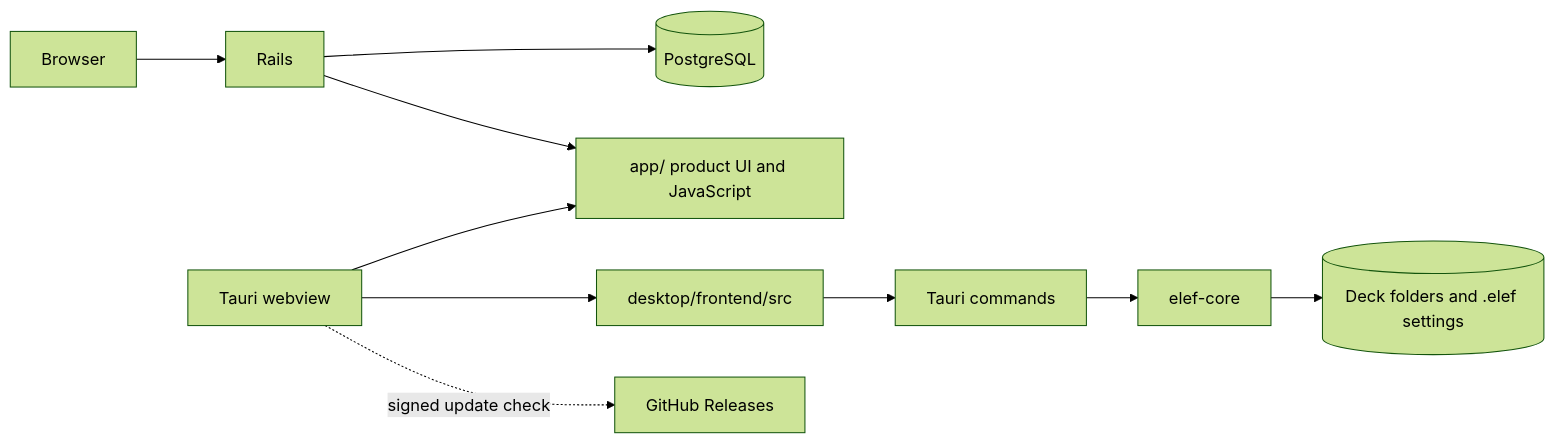
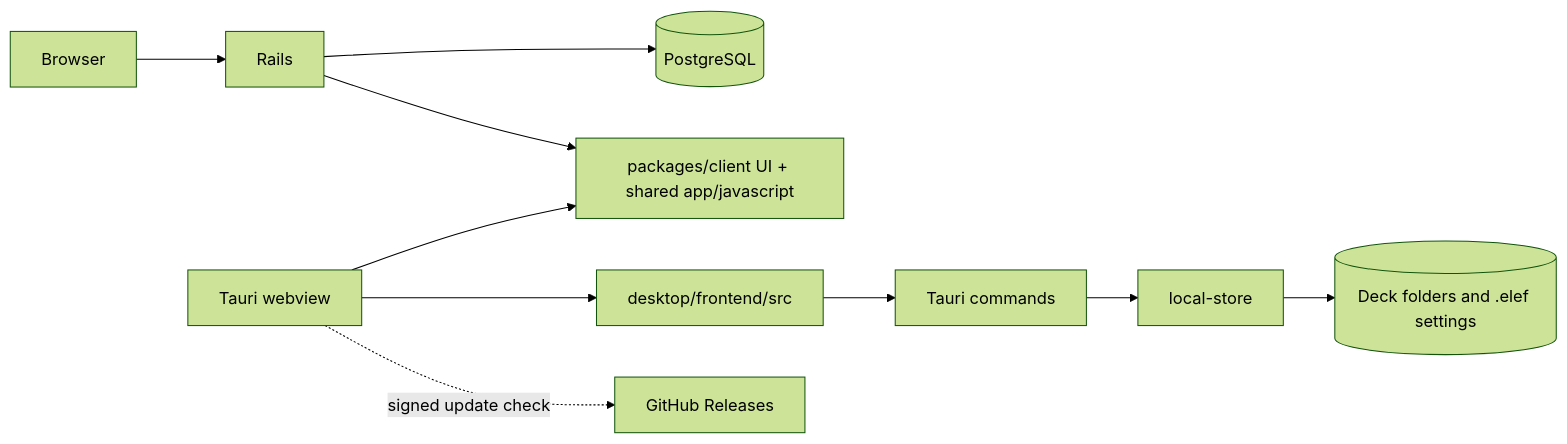
The diagram in docs/architecture.md (Hansespinosa2/elef), drawn with Mermaid (forest theme) before and after one commit. The commit also changed other lines of this file and 5 other files, not shown here.

```diff
--- a/docs/architecture.md
+++ b/docs/architecture.md
@@ -7,12 +7,12 @@
 ~~~mermaid
 flowchart LR
     Browser --> Rails
     Rails --> PG[(PostgreSQL)]
-    Rails --> Shared[app/ product UI and JavaScript]
+    Rails --> Shared[packages/client UI + shared app/javascript]
     Tauri[Tauri webview] --> Shared
     Tauri --> Adapter[desktop/frontend/src]
     Adapter --> Commands[Tauri commands]
-    Commands --> Core[elef-core]
+    Commands --> Core[local-store]
     Core --> Files[(Deck folders and .elef settings)]
     Tauri -. signed update check .-> Releases[GitHub Releases]
 ~~~
```
